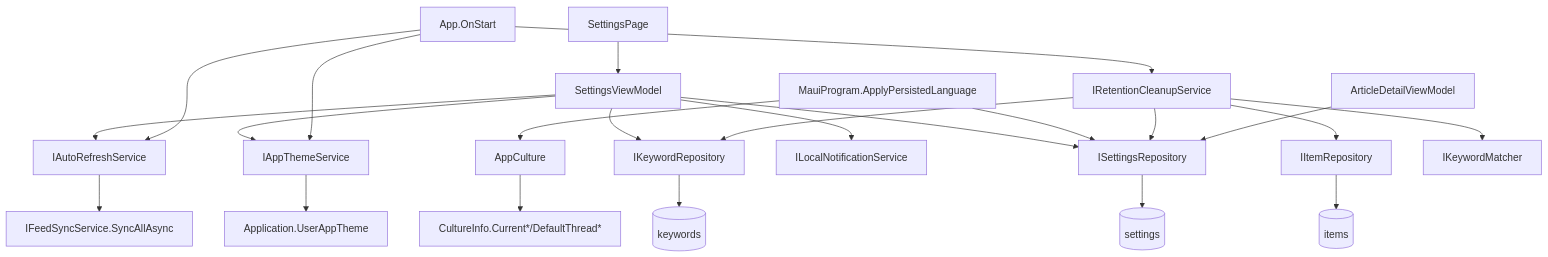
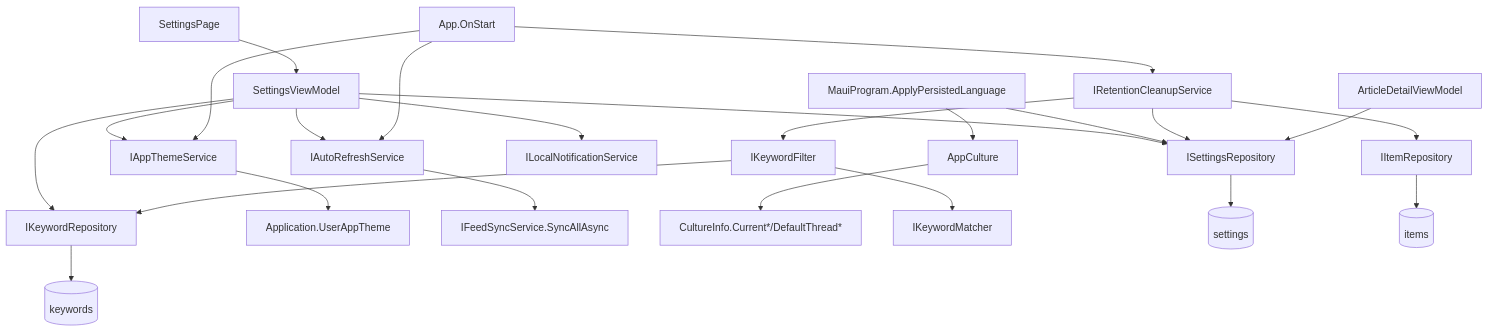
Before and after one commit to martin-stromberg/Reporter: the diagram in docs/help/einstellungen/architektur.md, drawn with Mermaid. The commit also changed other lines of this file and 50 other files, not shown here.

````diff
--- a/docs/help/einstellungen/architektur.md
+++ b/docs/help/einstellungen/architektur.md
@@ -37,25 +39,26 @@
 ```mermaid
 graph TD
     SP[SettingsPage] --> SVM[SettingsViewModel]
     SVM --> SR[ISettingsRepository]
     SVM --> KR[IKeywordRepository]
     SVM --> ARS[IAutoRefreshService]
     SVM --> ATS[IAppThemeService]
     SVM --> LNS[ILocalNotificationService]
     ATS --> APP[Application.UserAppTheme]
     ARS --> FSS[IFeedSyncService.SyncAllAsync]
     APP2[App.OnStart] --> RCS[IRetentionCleanupService]
     APP2 --> ATS
     APP2 --> ARS
     MP[MauiProgram.ApplyPersistedLanguage] --> SR
     MP --> AC[AppCulture]
     AC --> CI[CultureInfo.Current*/DefaultThread*]
     RCS --> SR
-    RCS --> KR
+    RCS --> KF[IKeywordFilter]
     RCS --> IR[IItemRepository]
-    RCS --> KM[IKeywordMatcher]
+    KF --> KR
+    KF --> KM[IKeywordMatcher]
     SR --> DB[(settings)]
     KR --> DB2[(keywords)]
     IR --> DB3[(items)]
     ADV[ArticleDetailViewModel] --> SR
 ```
````
